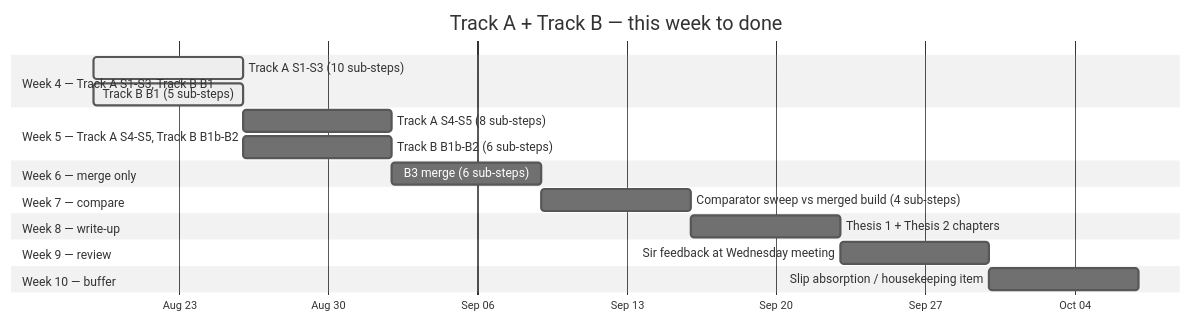
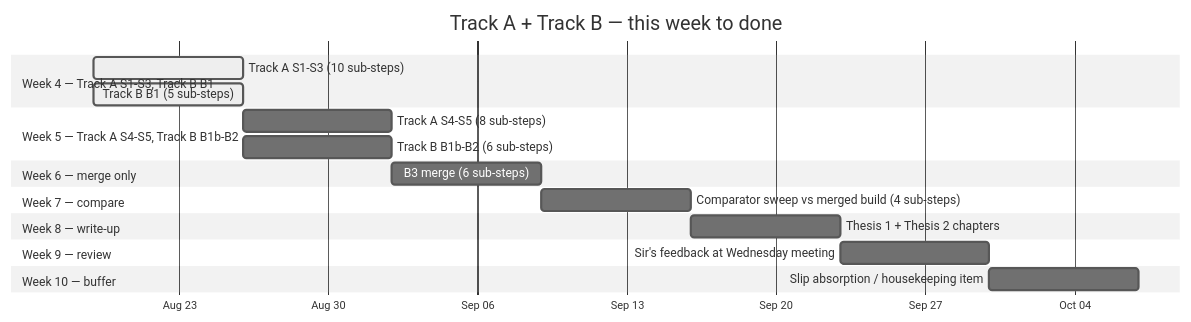
The second of 7 diagrams in planning/week4plan.md (KathpaliaChirag/Nanopore-project), drawn with Mermaid (neutral theme) before and after one commit. The commit also changed other lines of this file, not shown here.

````diff
--- a/planning/week4plan.md
+++ b/planning/week4plan.md
@@ -83,22 +85,22 @@
 ```mermaid
 gantt
     title Track A + Track B — this week to done
     dateFormat  YYYY-MM-DD
     axisFormat  %b %d
     section Week 4 — Track A S1-S3, Track B B1
     Track A S1-S3 (10 sub-steps)              :active, w4a, 2026-08-19, 7d
     Track B B1 (5 sub-steps)                  :active, w4b, 2026-08-19, 7d
     section Week 5 — Track A S4-S5, Track B B1b-B2
     Track A S4-S5 (8 sub-steps)               :w5a, after w4a, 7d
     Track B B1b-B2 (6 sub-steps)              :w5b, after w4b, 7d
     section Week 6 — merge only
     B3 merge (6 sub-steps)                    :w6, after w5a w5b, 7d
     section Week 7 — compare
     Comparator sweep vs merged build (4 sub-steps) :w7, after w6, 7d
     section Week 8 — write-up
     Thesis 1 + Thesis 2 chapters              :w8, after w7, 7d
     section Week 9 — review
-    Sir feedback at Wednesday meeting         :w9, after w8, 7d
+    Sir's feedback at Wednesday meeting        :w9, after w8, 7d
     section Week 10 — buffer
     Slip absorption / housekeeping item       :w10, after w9, 7d
 ```
````
